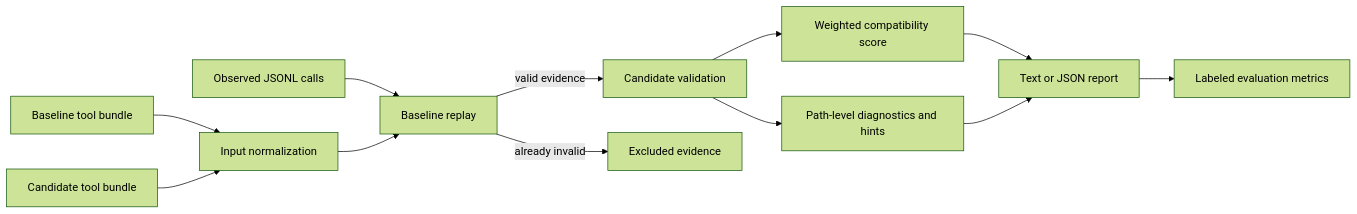
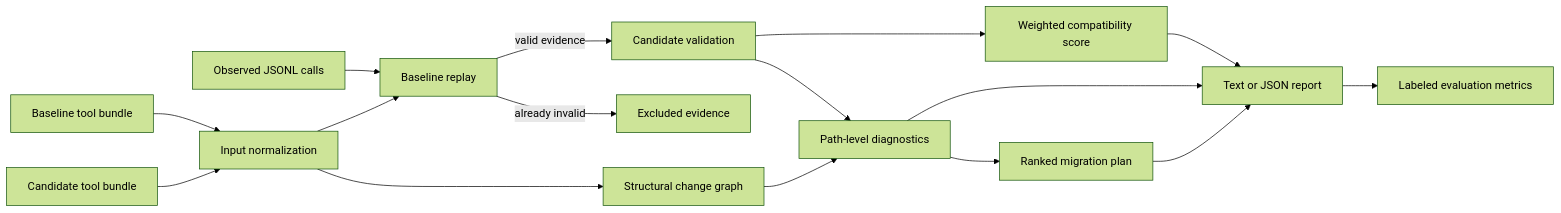
The diagram in README.md (armanzareian/agentcompat), drawn with Mermaid (forest theme) before and after one commit. The commit also changed other lines of this file and 10 other files, not shown here.

Commit message:
Attribute schema changes and rank migrations

````diff
--- a/README.md
+++ b/README.md
@@ -117,14 +129,18 @@
 ```mermaid
 flowchart LR
     A["Baseline tool bundle"] --> N["Input normalization"]
     B["Candidate tool bundle"] --> N
     C["Observed JSONL calls"] --> R["Baseline replay"]
     N --> R
     R -->|valid evidence| V["Candidate validation"]
     R -->|already invalid| X["Excluded evidence"]
     V --> S["Weighted compatibility score"]
-    V --> D["Path-level diagnostics and hints"]
+    V --> D["Path-level diagnostics"]
+    N --> G["Structural change graph"]
+    G --> D
+    D --> M["Ranked migration plan"]
     S --> O["Text or JSON report"]
     D --> O
+    M --> O
     O --> E["Labeled evaluation metrics"]
 ```
````
